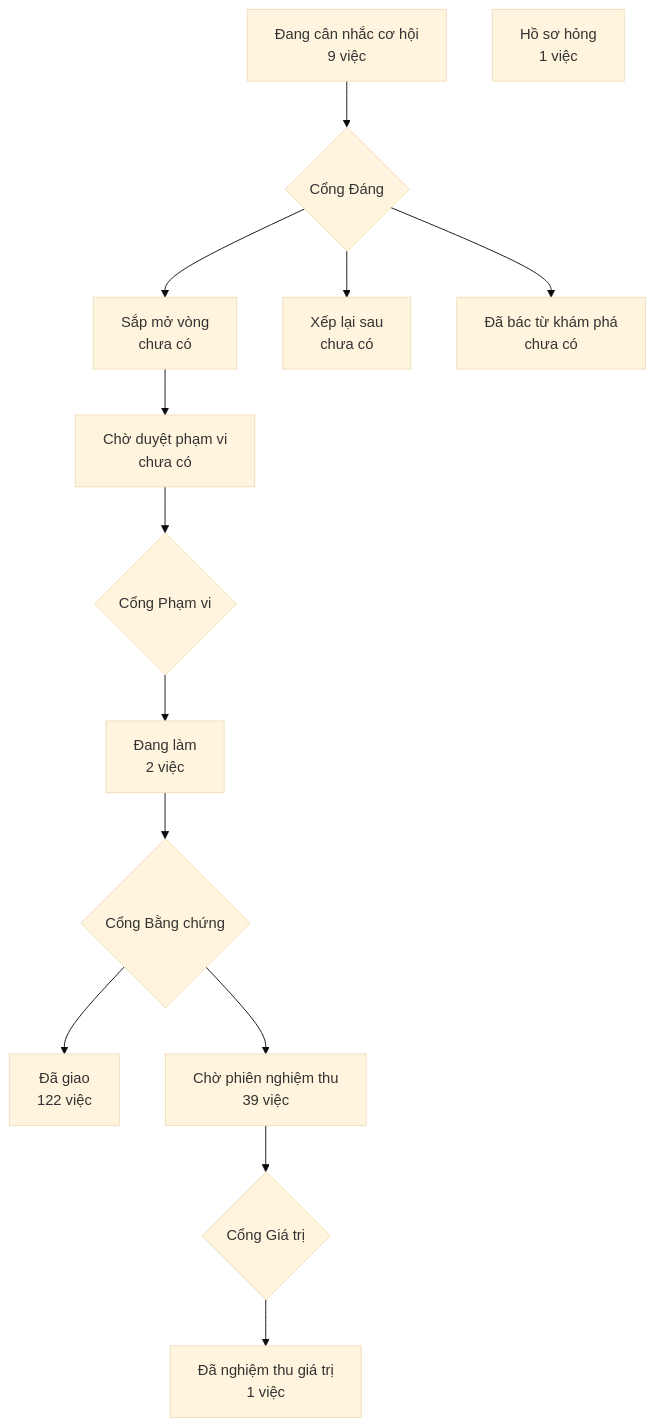
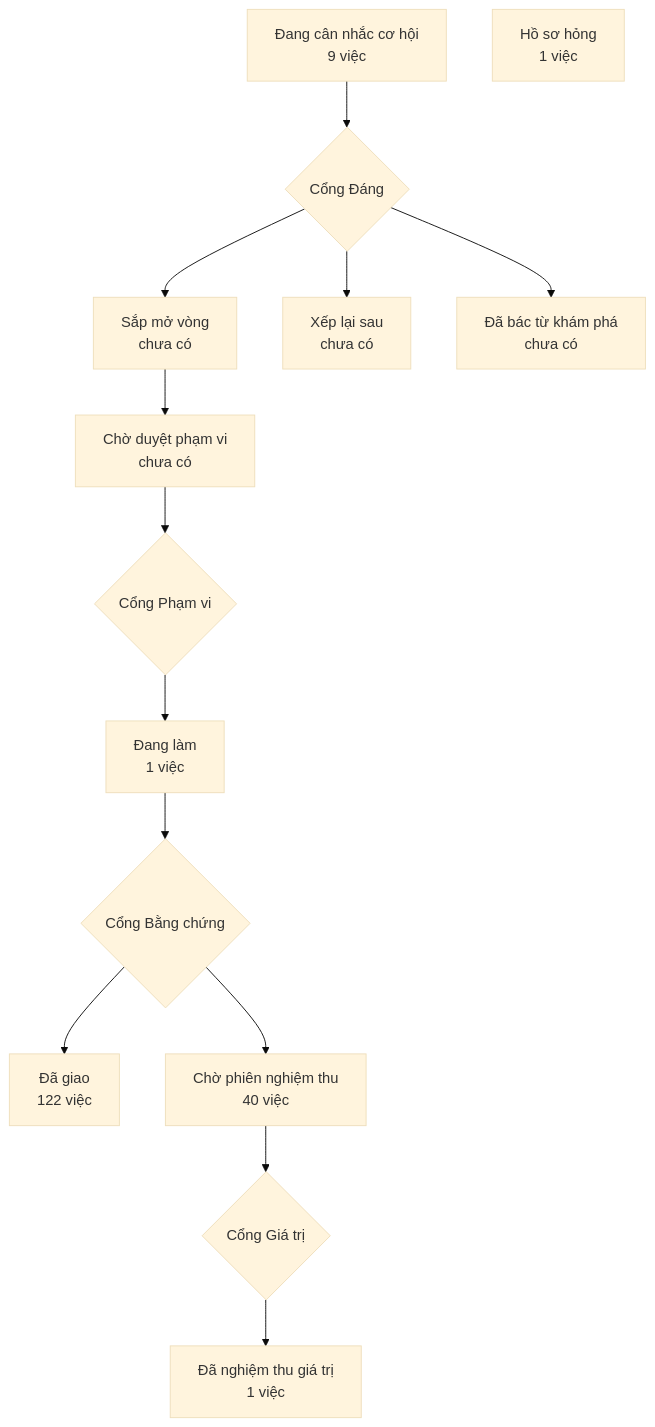
One commit to phanlemanh/crm-onehub changed the diagram in PRODUCT-MAP.md. Above: the diagram before and after it, drawn with Mermaid (base theme). The commit also changed 4 other files, not shown here.

````diff
--- a/PRODUCT-MAP.md
+++ b/PRODUCT-MAP.md
@@ -7,13 +7,13 @@
 ```mermaid
 flowchart TD
   A["Đang cân nhắc cơ hội<br/>9 việc"] --> GD{"Cổng Đáng"}
   GD --> B["Sắp mở vòng<br/>chưa có"]
   GD --> XL["Xếp lại sau<br/>chưa có"]
   GD --> DB["Đã bác từ khám phá<br/>chưa có"]
   B --> CD["Chờ duyệt phạm vi<br/>chưa có"] --> GP{"Cổng Phạm vi"}
-  GP --> DL["Đang làm<br/>2 việc"] --> GB{"Cổng Bằng chứng"}
+  GP --> DL["Đang làm<br/>1 việc"] --> GB{"Cổng Bằng chứng"}
   GB --> DG["Đã giao<br/>122 việc"]
-  GB --> CN["Chờ phiên nghiệm thu<br/>39 việc"] --> GG{"Cổng Giá trị"}
+  GB --> CN["Chờ phiên nghiệm thu<br/>40 việc"] --> GG{"Cổng Giá trị"}
   GG --> NT["Đã nghiệm thu giá trị<br/>1 việc"]
   HS["Hồ sơ hỏng<br/>1 việc"]
 ```
````
